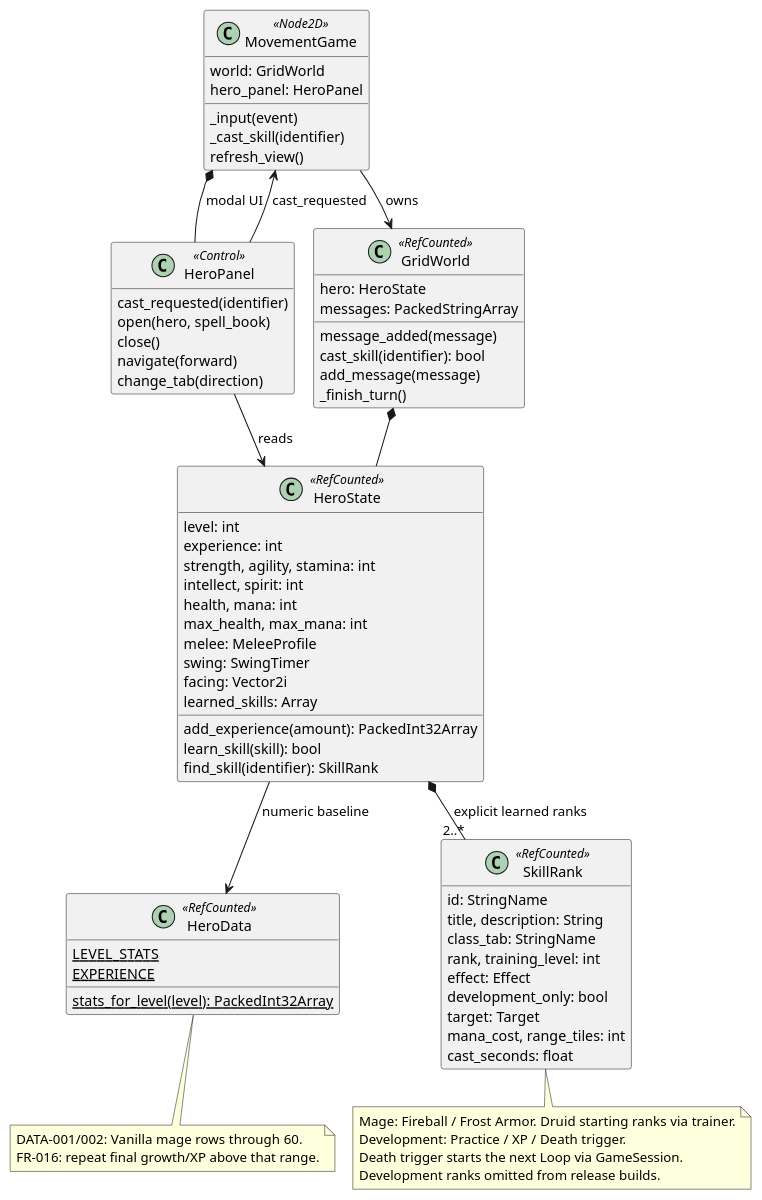
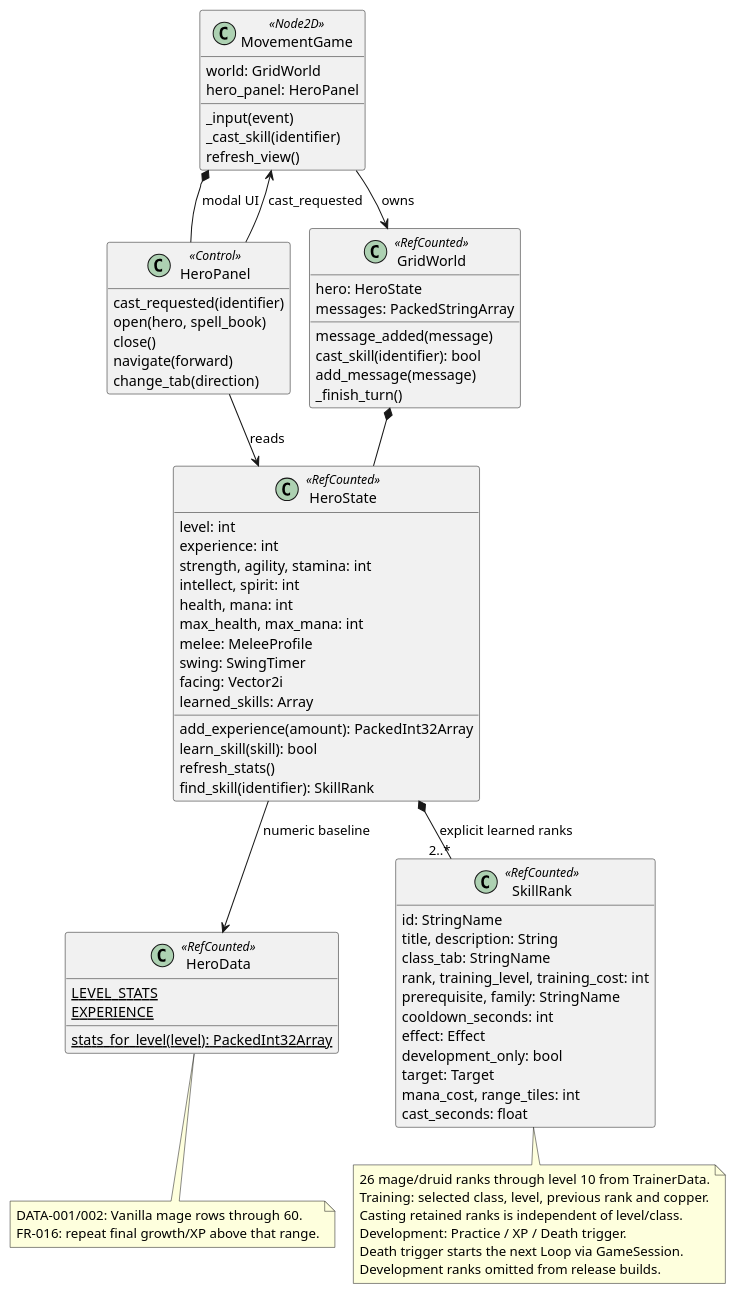
One commit to VHonzik/Ostinato changed the diagram in docs/architecture/classes/hero.puml. Above: the diagram before and after it, drawn with PlantUML. The commit also changed 45 other files, not shown here.

```diff
--- a/docs/architecture/classes/hero.puml
+++ b/docs/architecture/classes/hero.puml
@@ -1,78 +1,83 @@
 @startuml
 !pragma layout smetana
 skinparam shadowing false
 skinparam classAttributeIconSize 0
 hide empty members
 
 class MovementGame <<Node2D>> {
   world: GridWorld
   hero_panel: HeroPanel
   _input(event)
   _cast_skill(identifier)
   refresh_view()
 }
 class HeroPanel <<Control>> {
   cast_requested(identifier)
   open(hero, spell_book)
   close()
   navigate(forward)
   change_tab(direction)
 }
 class GridWorld <<RefCounted>> {
   hero: HeroState
   messages: PackedStringArray
   message_added(message)
   cast_skill(identifier): bool
   add_message(message)
   _finish_turn()
 }
 class HeroState <<RefCounted>> {
   level: int
   experience: int
   strength, agility, stamina: int
   intellect, spirit: int
   health, mana: int
   max_health, max_mana: int
   melee: MeleeProfile
   swing: SwingTimer
   facing: Vector2i
   learned_skills: Array
   add_experience(amount): PackedInt32Array
   learn_skill(skill): bool
+  refresh_stats()
   find_skill(identifier): SkillRank
 }
 class HeroData <<RefCounted>> {
   {static} LEVEL_STATS
   {static} EXPERIENCE
   {static} stats_for_level(level): PackedInt32Array
 }
 class SkillRank <<RefCounted>> {
   id: StringName
   title, description: String
   class_tab: StringName
-  rank, training_level: int
+  rank, training_level, training_cost: int
+  prerequisite, family: StringName
+  cooldown_seconds: int
   effect: Effect
   development_only: bool
   target: Target
   mana_cost, range_tiles: int
   cast_seconds: float
 }
 MovementGame --> GridWorld : owns
 MovementGame *-- HeroPanel : modal UI
 HeroPanel --> HeroState : reads
 HeroPanel --> MovementGame : cast_requested
 GridWorld *-- HeroState
 HeroState --> HeroData : numeric baseline
 HeroState *-- "2..*" SkillRank : explicit learned ranks
 
 note bottom of HeroData
 DATA-001/002: Vanilla mage rows through 60.
 FR-016: repeat final growth/XP above that range.
 end note
 note bottom of SkillRank
-Mage: Fireball / Frost Armor. Druid starting ranks via trainer.
+26 mage/druid ranks through level 10 from TrainerData.
+Training: selected class, level, previous rank and copper.
+Casting retained ranks is independent of level/class.
 Development: Practice / XP / Death trigger.
 Death trigger starts the next Loop via GameSession.
 Development ranks omitted from release builds.
 end note
 @enduml
```
